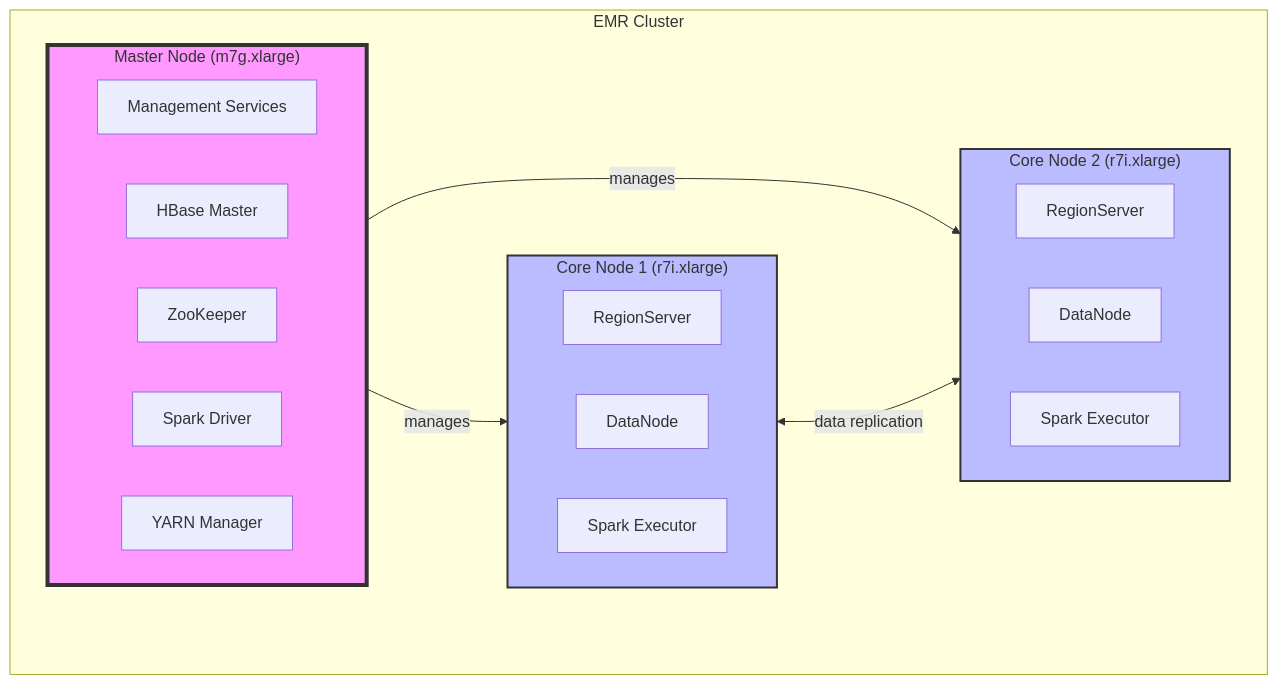
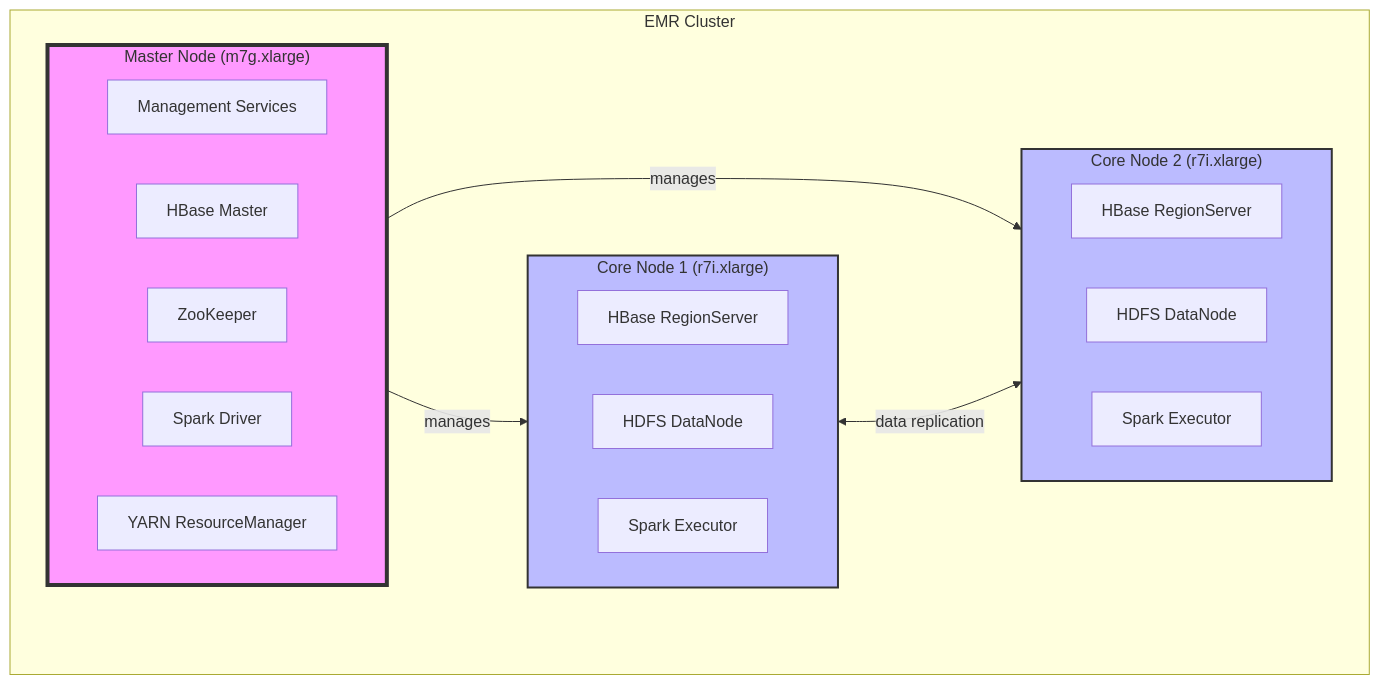
The first of 6 diagrams in docs/architecture.md (matwi5/ece-bigdata-2024-fall-gr02-Mathis-Clement), drawn with Mermaid before and after one commit. The commit also changed other lines of this file and 10 other files, not shown here.

````diff
--- a/docs/architecture.md
+++ b/docs/architecture.md
@@ -11,35 +17,35 @@
 ```mermaid
 graph TB
     subgraph EMR Cluster
         subgraph Master["Master Node (m7g.xlarge)"]
             direction LR
             MS[Management Services]
             HM[HBase Master]
             ZK[ZooKeeper]
             SD[Spark Driver]
-            YM[YARN Manager]
+            YM[YARN ResourceManager]
         end
 
         subgraph Core1["Core Node 1 (r7i.xlarge)"]
             direction LR
-            RS1[RegionServer]
-            DN1[DataNode]
+            RS1[HBase RegionServer]
+            DN1[HDFS DataNode]
             SE1[Spark Executor]
         end
 
         subgraph Core2["Core Node 2 (r7i.xlarge)"]
             direction LR
-            RS2[RegionServer]
-            DN2[DataNode]
+            RS2[HBase RegionServer]
+            DN2[HDFS DataNode]
             SE2[Spark Executor]
         end
 
         Master --> |manages| Core1
         Master --> |manages| Core2
         Core1 <--> |data replication| Core2
     end
 
     style Master fill:#f9f,stroke:#333,stroke-width:4px
     style Core1 fill:#bbf,stroke:#333,stroke-width:2px
     style Core2 fill:#bbf,stroke:#333,stroke-width:2px
 ```
````
